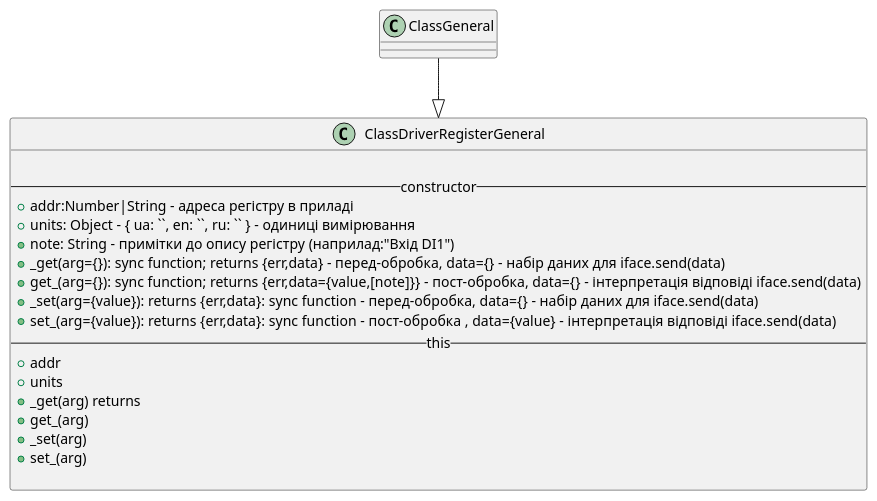
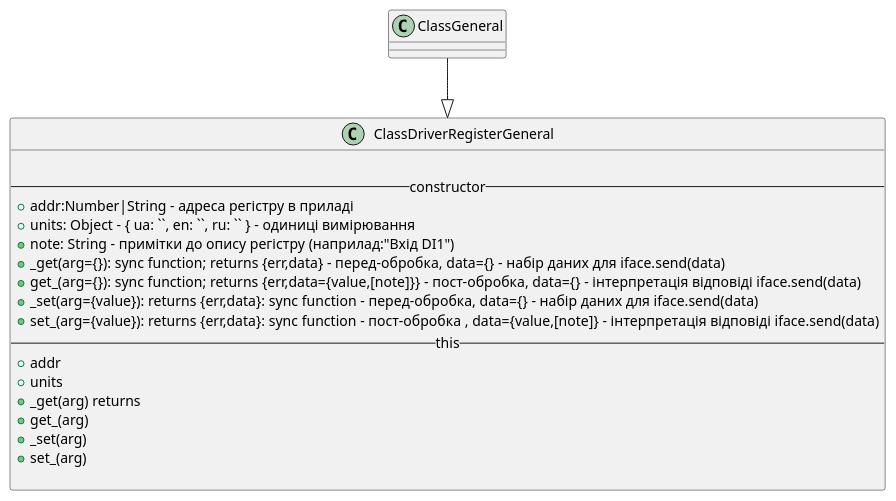
One commit to YVitalii/ASUTP2021 changed the diagram in devices/classDeviceGeneral/ClassDriverRegisterGeneral.puml. Above: the diagram before and after it, drawn with PlantUML. The commit also changed 10 other files, not shown here.

```diff
--- a/devices/classDeviceGeneral/ClassDriverRegisterGeneral.puml
+++ b/devices/classDeviceGeneral/ClassDriverRegisterGeneral.puml
@@ -1,23 +1,23 @@
 
 
 class "ClassDriverRegisterGeneral" as ClassDriverRegisterGeneral {
     
     -- constructor  --
     +addr:Number|String - адреса регістру в приладі
     +units: Object - { ua: ``, en: ``, ru: `` } - одиниці вимірювання
     +note: String - примітки до опису регістру (наприлад:"Вхід DI1")
     +_get(arg={}): sync function; returns {err,data} - перед-обробка, data={} - набір даних для iface.send(data)   
     +get_(arg={}): sync function; returns {err,data={value,[note]}} - пост-обробка, data={} - інтерпретація відповіді iface.send(data)
     +_set(arg={value}): returns {err,data}: sync function - перед-обробка, data={} - набір даних для iface.send(data)
-    +set_(arg={value}): returns {err,data}: sync function - пост-обробка , data={value} - інтерпретація відповіді iface.send(data)
+    +set_(arg={value}): returns {err,data}: sync function - пост-обробка , data={value,[note]} - інтерпретація відповіді iface.send(data)
     -- this  --
     +addr
     +units
     +_get(arg) returns 
     +get_(arg)
     +_set(arg)
     +set_(arg)
     
 }
 
 ClassGeneral ==|> ClassDriverRegisterGeneral  
```
